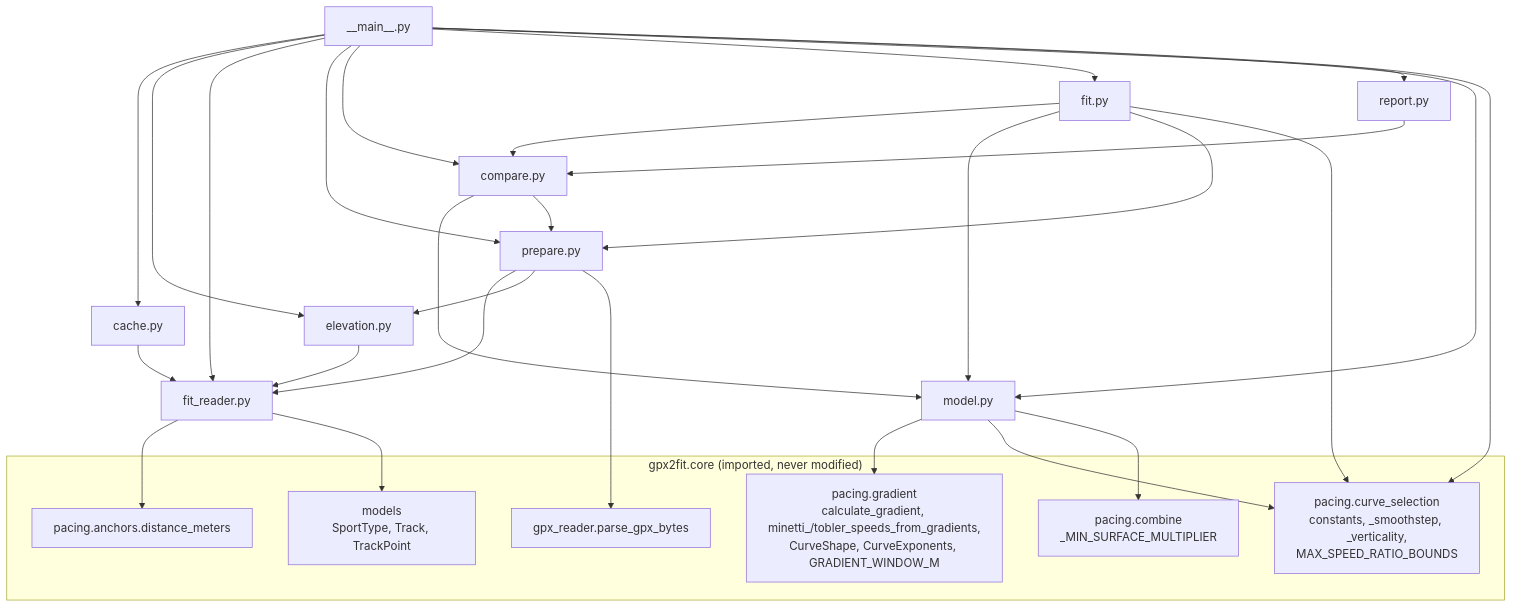
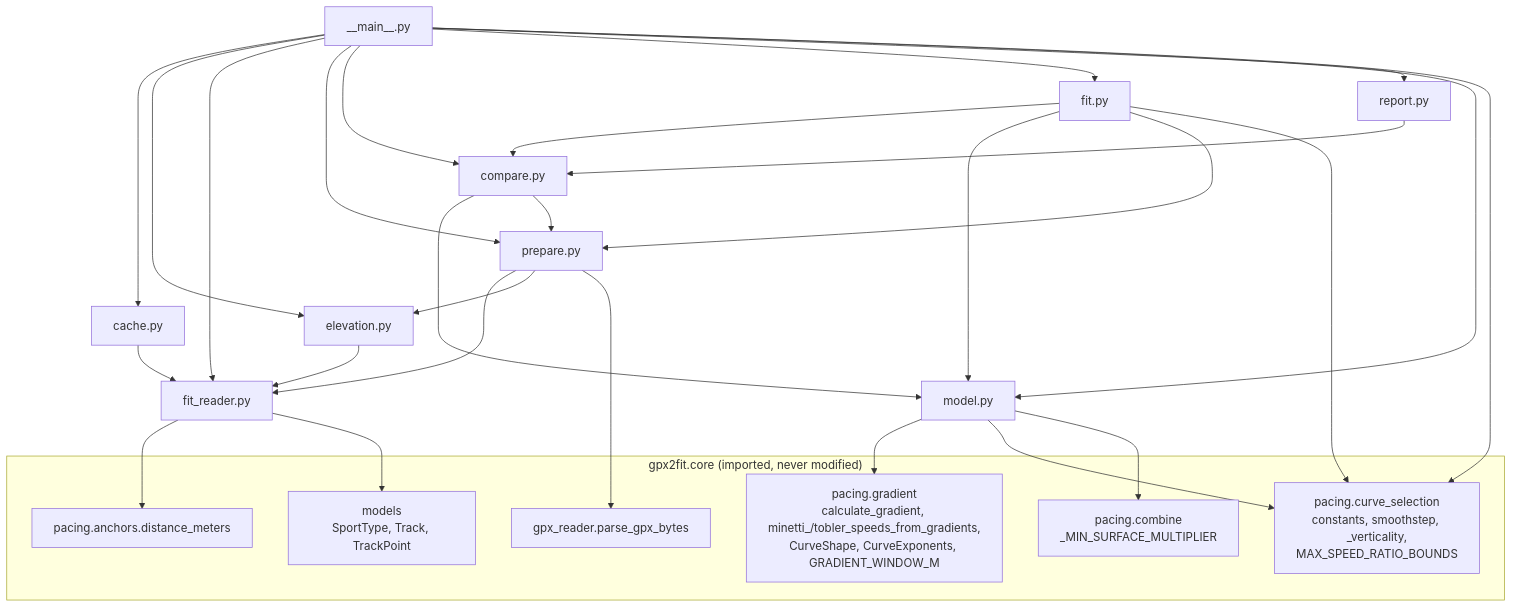
Before and after one commit to martin-iflap/GPX_to_FIT: the first of 16 diagrams in docs/TUNING_ARCHITECTURE.md, drawn with Mermaid. The commit also changed other lines of this file and 9 other files, not shown here.

````diff
--- a/docs/TUNING_ARCHITECTURE.md
+++ b/docs/TUNING_ARCHITECTURE.md
@@ -73,49 +73,49 @@
 ```mermaid
 flowchart TD
   main["__main__.py"]
   cache["cache.py"]
   fr["fit_reader.py"]
   elev["elevation.py"]
   prep["prepare.py"]
   model["model.py"]
   cmp["compare.py"]
   fit["fit.py"]
   rep["report.py"]
 
   main --> cache
   main --> elev
   main --> fr
   main --> prep
   main --> cmp
   main --> fit
   main --> rep
   main --> model
   cache --> fr
   elev --> fr
   prep --> fr
   prep --> elev
   cmp --> model
   cmp --> prep
   fit --> cmp
   fit --> model
   fit --> prep
   rep --> cmp
 
   subgraph core["gpx2fit.core (imported, never modified)"]
     models["models<br/>SportType, Track, TrackPoint"]
     gpxr["gpx_reader.parse_gpx_bytes"]
     grad["pacing.gradient<br/>calculate_gradient, minetti_/tobler_speeds_from_gradients,<br/>CurveShape, CurveExponents, GRADIENT_WINDOW_M"]
-    cs["pacing.curve_selection<br/>constants, _smoothstep, _verticality,<br/>MAX_SPEED_RATIO_BOUNDS"]
+    cs["pacing.curve_selection<br/>constants, smoothstep, _verticality,<br/>MAX_SPEED_RATIO_BOUNDS"]
     comb["pacing.combine<br/>_MIN_SURFACE_MULTIPLIER"]
     anc["pacing.anchors.distance_meters"]
   end
 
   fr --> anc
   fr --> models
   prep --> gpxr
   model --> grad
   model --> cs
   model --> comb
   fit --> cs
   main --> cs
 ```
````
